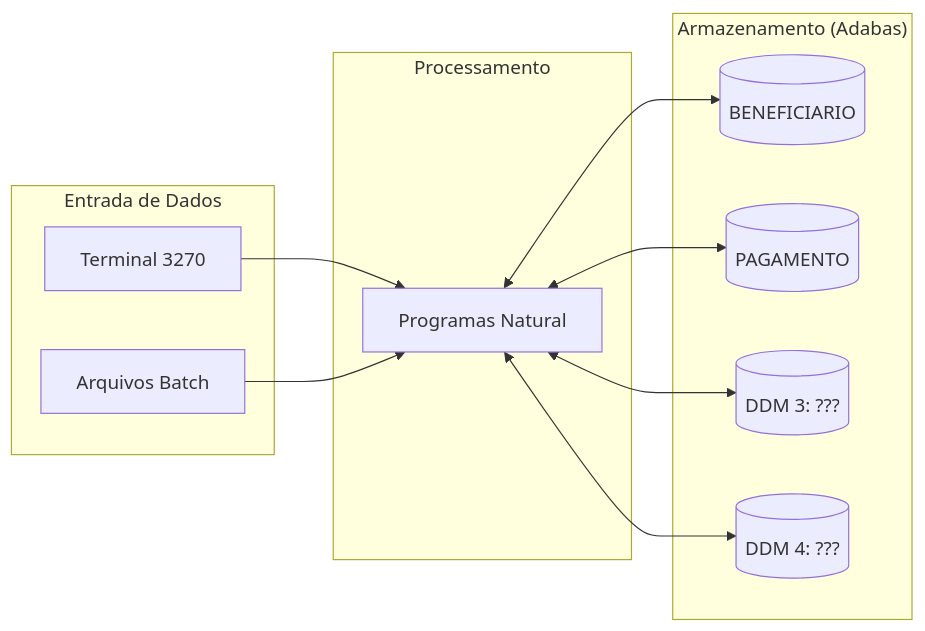
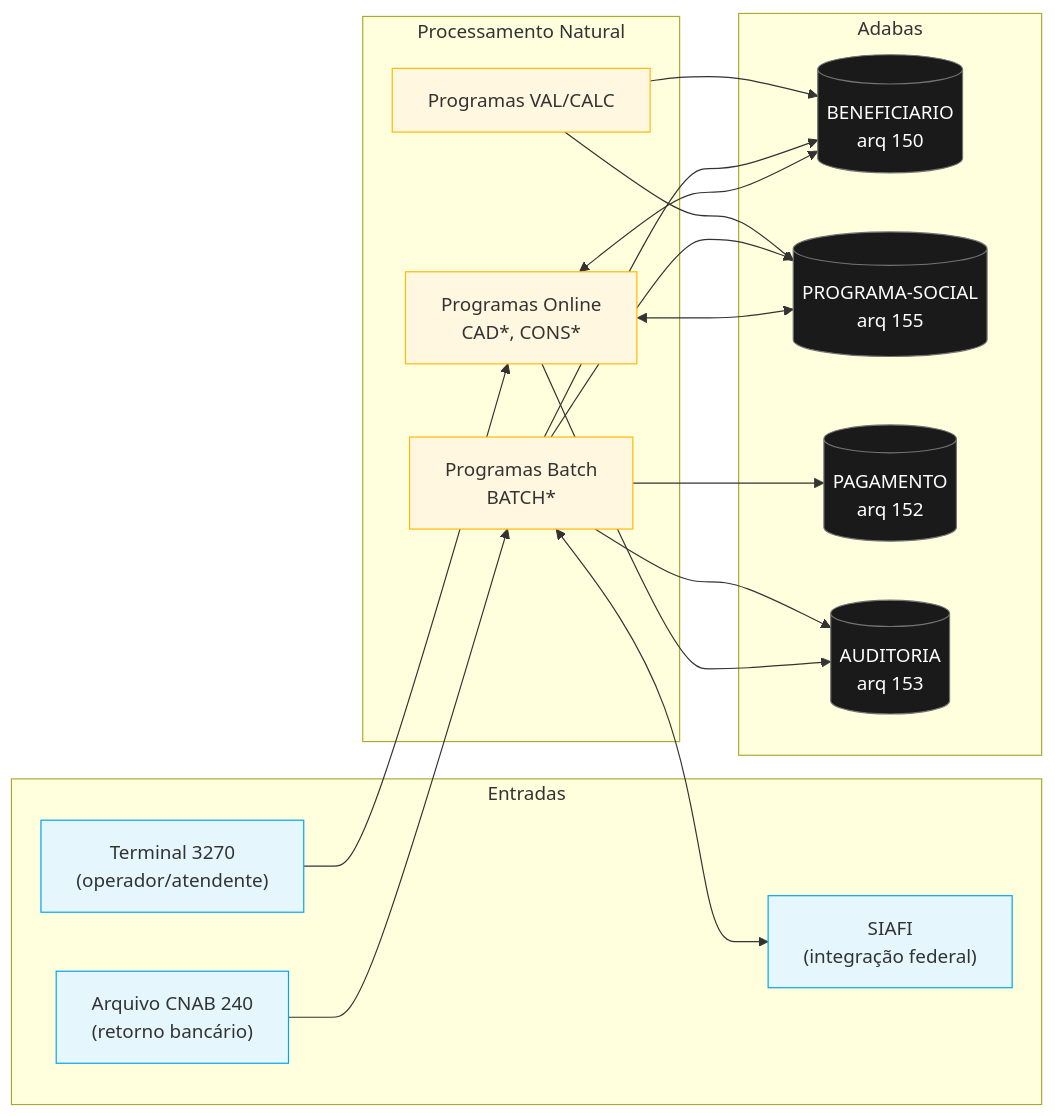
Before and after one commit to serpro-curitiba/workshop-dourado-02: the second of 2 diagrams in 01-arqueologia/dependency-map.md, drawn with Mermaid. The commit also changed other lines of this file and 104 other files, not shown here.

````diff
--- a/01-arqueologia/dependency-map.md
+++ b/01-arqueologia/dependency-map.md
@@ -74,25 +119,38 @@
 ```mermaid
 flowchart LR
- subgraph "Entrada de Dados"
- UI["Terminal 3270"]
- BATCH["Arquivos Batch"]
- end
+    classDef ext fill:#E5F6FD,stroke:#00A4EF
+    classDef proc fill:#FFF7E0,stroke:#FFB900
+    classDef ddm fill:#1A1A1A,color:#FFFFFF,stroke:#737373
 
- subgraph "Processamento"
- PROG["Programas Natural"]
- end
+    subgraph "Entradas"
+        UI["Terminal 3270<br/>(operador/atendente)"]:::ext
+        CNAB["Arquivo CNAB 240<br/>(retorno bancário)"]:::ext
+        SIAFI["SIAFI<br/>(integração federal)"]:::ext
+    end
 
- subgraph "Armazenamento (Adabas)"
- DDM1[("BENEFICIARIO")]
- DDM2[("PAGAMENTO")]
- DDM3[("DDM 3: ???")]
- DDM4[("DDM 4: ???")]
- end
+    subgraph "Processamento Natural"
+        ONLINE["Programas Online<br/>CAD*, CONS*"]:::proc
+        BATCH["Programas Batch<br/>BATCH*"]:::proc
+        VAL["Programas VAL/CALC"]:::proc
+    end
 
- UI --> PROG
- BATCH --> PROG
- PROG <--> DDM1
- PROG <--> DDM2
- PROG <--> DDM3
- PROG <--> DDM4
+    subgraph "Adabas"
+        BENEF[("BENEFICIARIO<br/>arq 150")]:::ddm
+        PROG[("PROGRAMA-SOCIAL<br/>arq 155")]:::ddm
+        PGTO[("PAGAMENTO<br/>arq 152")]:::ddm
+        AUD[("AUDITORIA<br/>arq 153")]:::ddm
+    end
+
+    UI --> ONLINE
+    CNAB --> BATCH
+    BATCH <--> SIAFI
+    ONLINE <--> BENEF
+    ONLINE <--> PROG
+    ONLINE --> AUD
+    BATCH --> PGTO
+    BATCH --> AUD
+    BATCH --> BENEF
+    BATCH --> PROG
+    VAL --> BENEF
+    VAL --> PROG
 ```
````
